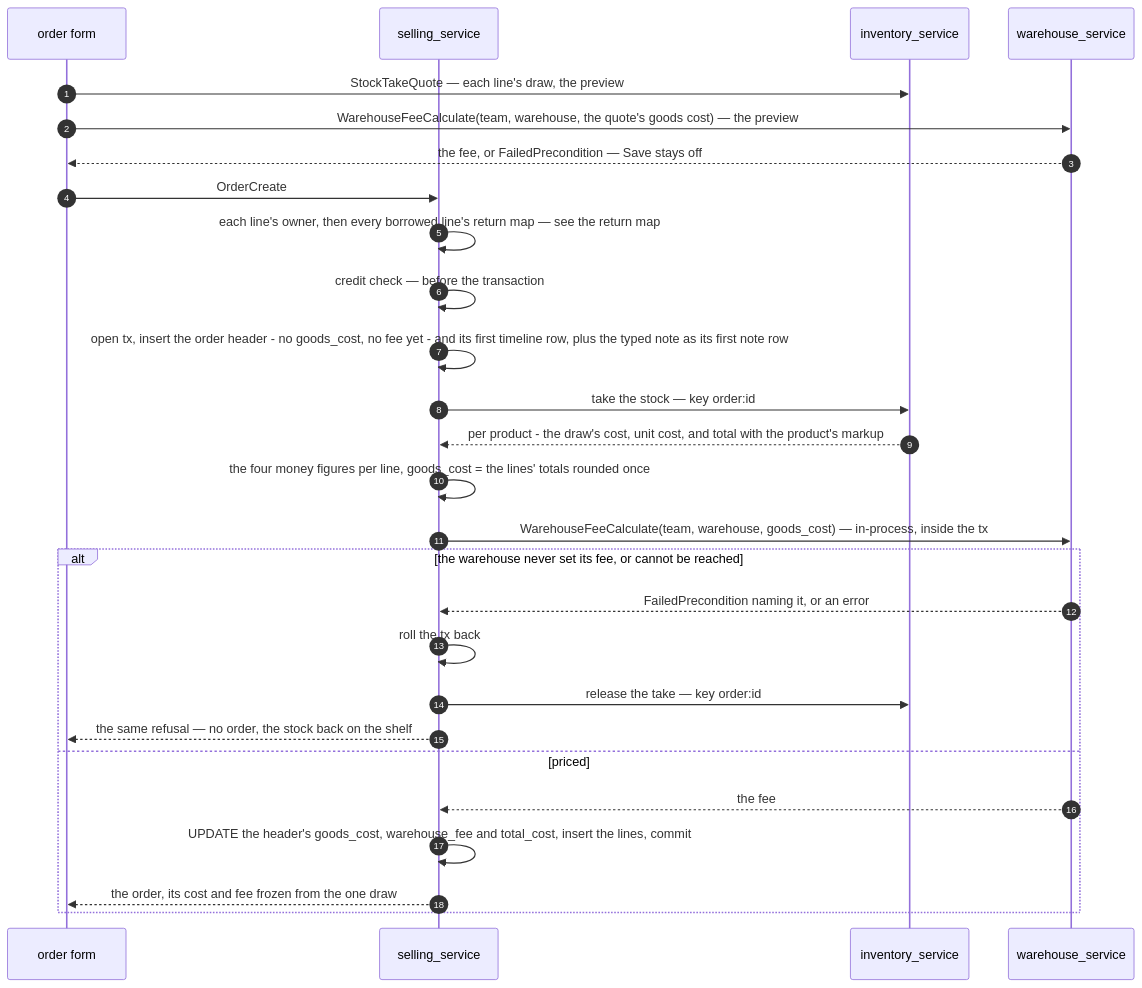
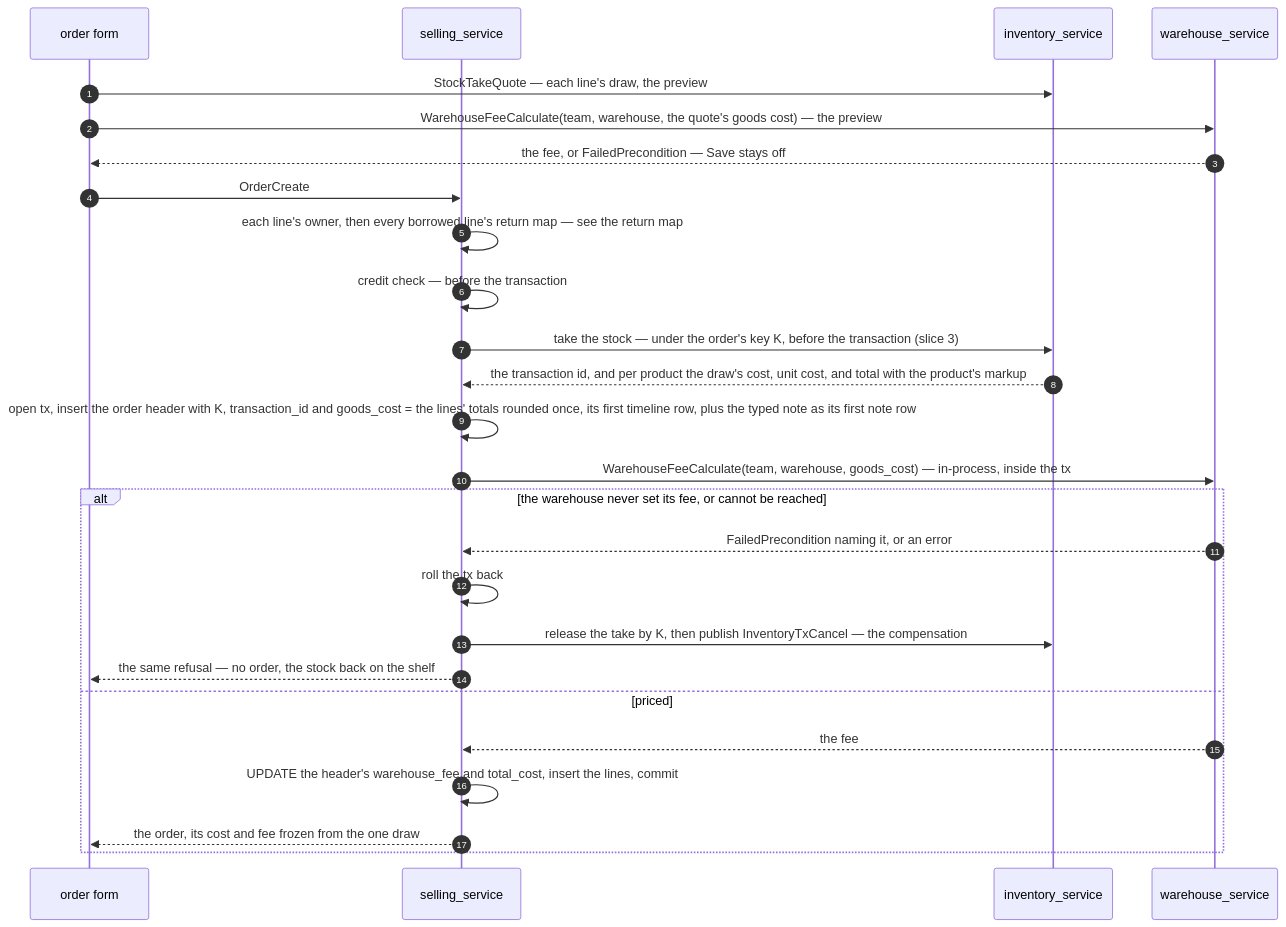
The eighth of 25 diagrams in docs/services/selling_service/rpc.md (pdcgo/warehouse_revamp), drawn with Mermaid before and after one commit. The commit also changed other lines of this file and 124 other files, not shown here.

````diff
--- a/docs/services/selling_service/rpc.md
+++ b/docs/services/selling_service/rpc.md
@@ -324,30 +362,29 @@
 ```mermaid
 sequenceDiagram
     autonumber
     participant UI as order form
     participant SELL as selling_service
     participant INV as inventory_service
     participant WH as warehouse_service
 
     UI->>INV: StockTakeQuote — each line's draw, the preview
     UI->>WH: WarehouseFeeCalculate(team, warehouse, the quote's goods cost) — the preview
     WH-->>UI: the fee, or FailedPrecondition — Save stays off
     UI->>SELL: OrderCreate
     SELL->>SELL: each line's owner, then every borrowed line's return map — see the return map
     SELL->>SELL: credit check — before the transaction
-    SELL->>SELL: open tx, insert the order header - no goods_cost, no fee yet - and its first timeline row, plus the typed note as its first note row
-    SELL->>INV: take the stock — key order:id
-    INV-->>SELL: per product - the draw's cost, unit cost, and total with the product's markup
-    SELL->>SELL: the four money figures per line, goods_cost = the lines' totals rounded once
+    SELL->>INV: take the stock — under the order's key K, before the transaction (slice 3)
+    INV-->>SELL: the transaction id, and per product the draw's cost, unit cost, and total with the product's markup
+    SELL->>SELL: open tx, insert the order header with K, transaction_id and goods_cost = the lines' totals rounded once, its first timeline row, plus the typed note as its first note row
     SELL->>WH: WarehouseFeeCalculate(team, warehouse, goods_cost) — in-process, inside the tx
     alt the warehouse never set its fee, or cannot be reached
         WH-->>SELL: FailedPrecondition naming it, or an error
         SELL->>SELL: roll the tx back
-        SELL->>INV: release the take — key order:id
+        SELL->>INV: release the take by K, then publish InventoryTxCancel — the compensation
         SELL-->>UI: the same refusal — no order, the stock back on the shelf
     else priced
         WH-->>SELL: the fee
-        SELL->>SELL: UPDATE the header's goods_cost, warehouse_fee and total_cost, insert the lines, commit
+        SELL->>SELL: UPDATE the header's warehouse_fee and total_cost, insert the lines, commit
         SELL-->>UI: the order, its cost and fee frozen from the one draw
     end
 ```
````
